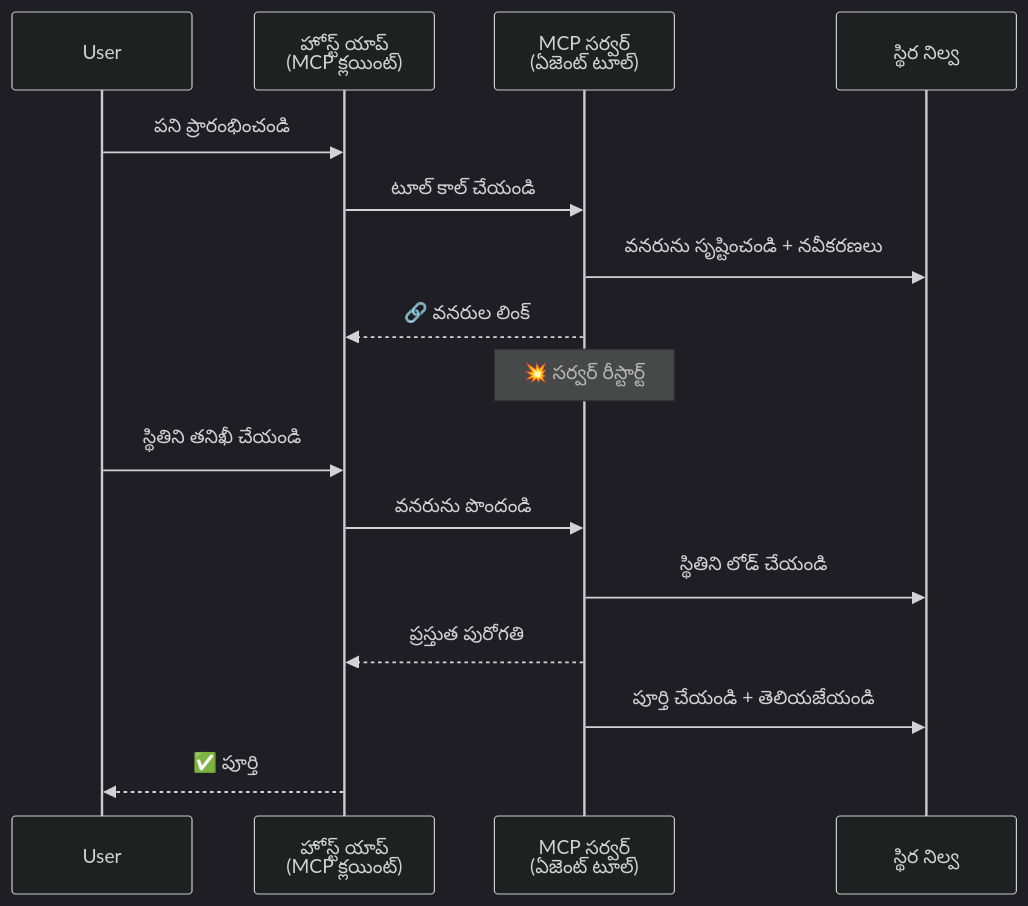
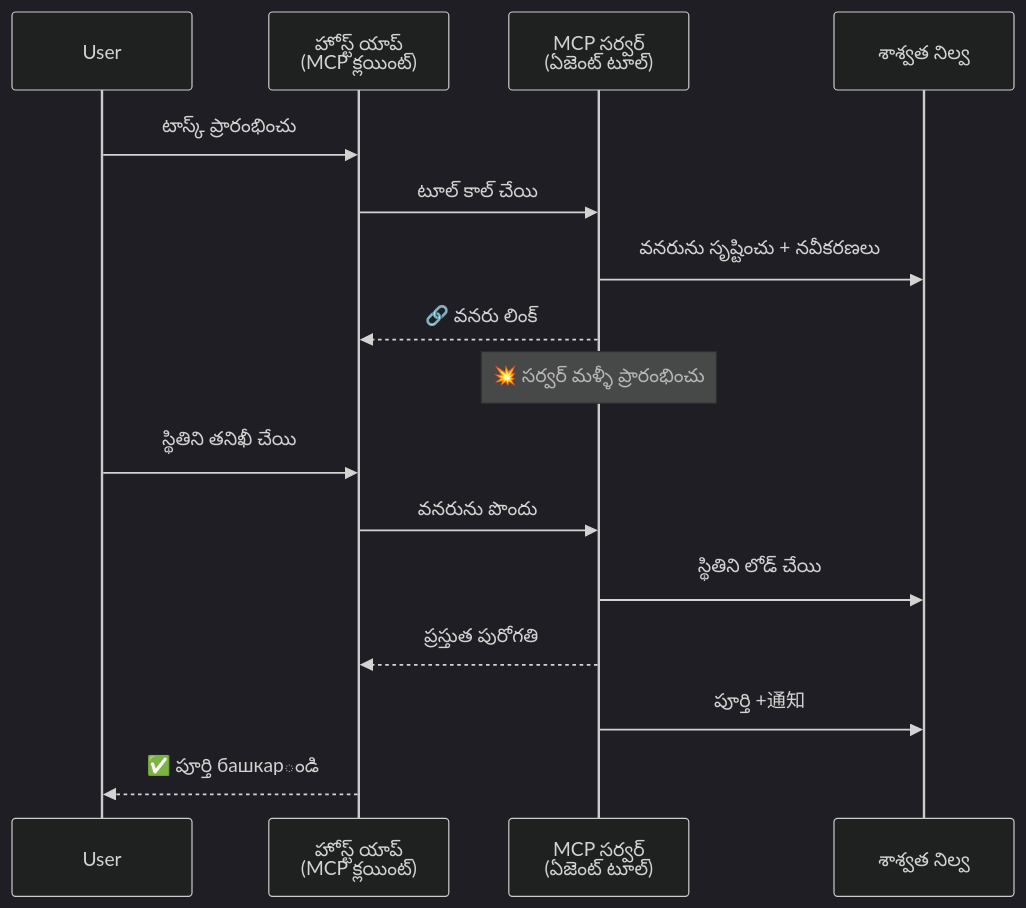
One commit to gabrielmoreira/agent-skills-mirror changed the third of 5 diagrams in mirrors/repos/microsoft@ai-agents-for-beginners/translations/te/11-agentic-protocols/code_samples/mcp-agents/README.md. Above: the diagram before and after it, drawn with Mermaid (dark theme). The commit also changed other lines of this file and 4482 other files, not shown here.

````diff
--- a/mirrors/repos/microsoft@ai-agents-for-beginners/translations/te/11-agentic-protocols/code_samples/mcp-agents/README.md
+++ b/mirrors/repos/microsoft@ai-agents-for-beginners/translations/te/11-agentic-protocols/code_samples/mcp-agents/README.md
@@ -121,21 +123,21 @@
 ```mermaid
 sequenceDiagram
     participant User
     participant Host as హోస్ట్ యాప్<br/>(MCP క్లయింట్)
     participant Server as MCP సర్వర్<br/>(ఏజెంట్ టూల్)
-    participant DB as స్థిర నిల్వ
+    participant DB as శాశ్వత నిల్వ
 
-    User->>Host: పని ప్రారంభించండి
-    Host->>Server: టూల్ కాల్ చేయండి
-    Server->>DB: వనరును సృష్టించండి + నవీకరణలు
-    Server-->>Host: 🔗 వనరుల లింక్
+    User->>Host: టాస్క్ ప్రారంభించు
+    Host->>Server: టూల్ కాల్ చేయి
+    Server->>DB: వనరును సృష్టించు + నవీకరణలు
+    Server-->>Host: 🔗 వనరు లింక్
 
-    Note over Server: 💥 సర్వర్ రీస్టార్ట్
+    Note over Server: 💥 సర్వర్ మళ్ళీ ప్రారంభించు
 
-    User->>Host: స్థితిని తనిఖీ చేయండి
-    Host->>Server: వనరును పొందండి
-    Server->>DB: స్థితిని లోడ్ చేయండి
+    User->>Host: స్థితిని తనిఖీ చేయి
+    Host->>Server: వనరును పొందు
+    Server->>DB: స్థితిని లోడ్ చేయి
     Server-->>Host: ప్రస్తుత పురోగతి
-    Server->>DB: పూర్తి చేయండి + తెలియజేయండి
-    Host-->>User: ✅ పూర్తి
+    Server->>DB: పూర్తి +通知
+    Host-->>User: ✅ పూర్తి башкарండి
 ```
````
